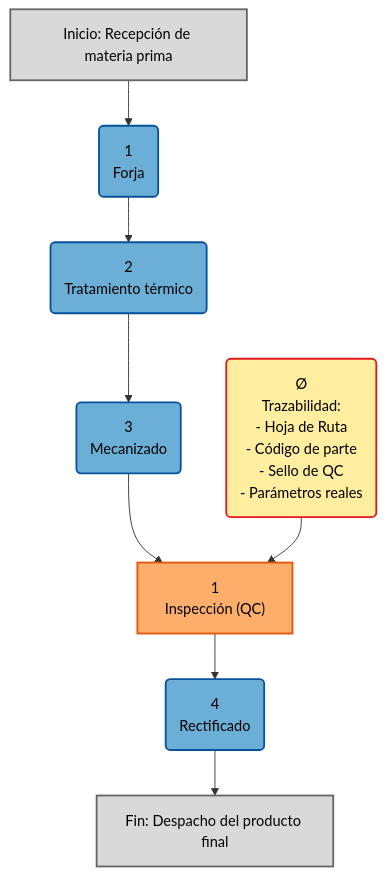
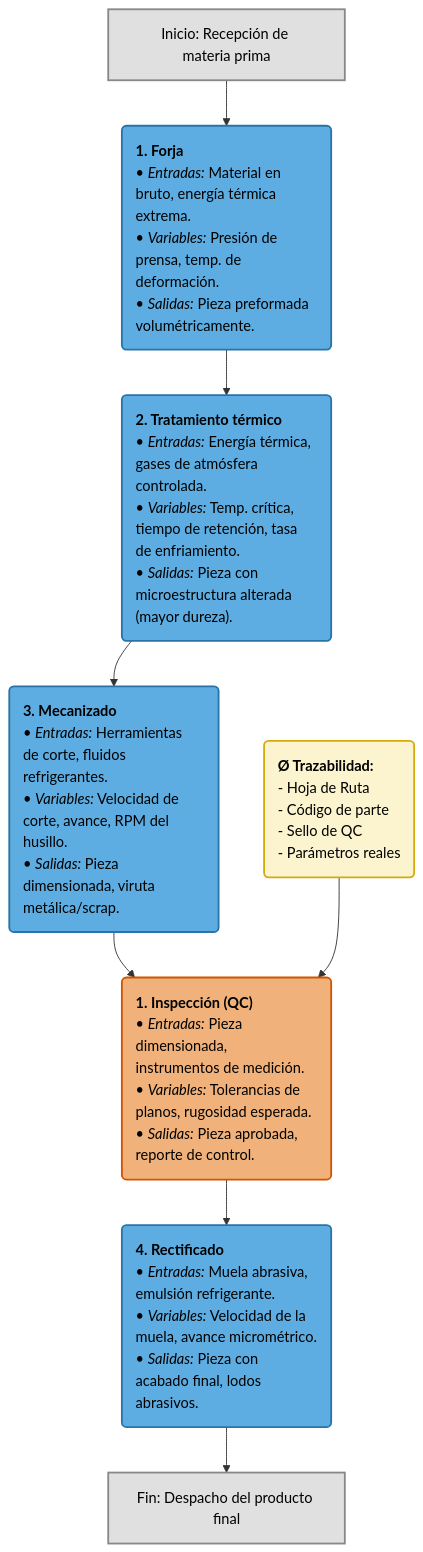
One commit to formula-coder/BASICS changed the diagram in Fundamentos de los materiales/Diagrama de procesos.mmd. Above: the diagram before and after it, drawn with Mermaid.

```diff
--- a/Fundamentos de los materiales/Diagrama de procesos.mmd
+++ b/Fundamentos de los materiales/Diagrama de procesos.mmd
@@ -1,31 +1,34 @@
-graph TB
-    %% Definición de estilos
-    classDef operacion fill:#6baed6,stroke:#08519c,stroke-width:2px,color:#000
-    classDef inspeccion fill:#fdae6b,stroke:#e6550d,stroke-width:2px,color:#000
-    classDef tramite fill:#ffeda0,stroke:#e31a1c,stroke-width:2px,color:#000
-    classDef terminal fill:#d9d9d9,stroke:#666,stroke-width:2px,color:#000
+flowchart TD
+    %% Definición de estilos para mantener los colores del diagrama original
+    classDef iniciofin fill:#e0e0e0,stroke:#888,stroke-width:2px,color:#000;
+    classDef operacion fill:#5dade2,stroke:#2874a6,stroke-width:2px,color:#000,text-align:left;
+    classDef traza fill:#fcf3cf,stroke:#d4ac0d,stroke-width:2px,color:#000,text-align:left;
+    classDef inspeccion fill:#f0b27a,stroke:#d35400,stroke-width:2px,color:#000,text-align:left;
 
-    %% Nodos
-    Inicio["Inicio: Recepción de materia prima"]
-    Op1("1<br>Forja")
-    Op2("2<br>Tratamiento térmico")
-    Op3("3<br>Mecanizado")
-    Insp1["1<br>Inspección (QC)"]
-    Op4("4<br>Rectificado")
-    Doc("Ø<br>Trazabilidad:<br>- Hoja de Ruta<br>- Código de parte<br>- Sello de QC<br>- Parámetros reales")
-    Fin["Fin: Despacho del producto final"]
+    Start["Inicio: Recepción de materia prima"]:::iniciofin
 
-    %% Aplicar estilos
-    class Inicio,Fin terminal
-    class Op1,Op2,Op3,Op4 operacion
-    class Insp1 inspeccion
-    class Doc tramite
+    Op1("<b>1. Forja</b><br>• <i>Entradas:</i> Material en bruto, energía térmica extrema.<br>• <i>Variables:</i> Presión de prensa, temp. de deformación.<br>• <i>Salidas:</i> Pieza preformada volumétricamente."):::operacion
+
+    Op2("<b>2. Tratamiento térmico</b><br>• <i>Entradas:</i> Energía térmica, gases de atmósfera controlada.<br>• <i>Variables:</i> Temp. crítica, tiempo de retención, tasa de enfriamiento.<br>• <i>Salidas:</i> Pieza con microestructura alterada (mayor dureza)."):::operacion
+
+    Op3("<b>3. Mecanizado</b><br>• <i>Entradas:</i> Herramientas de corte, fluidos refrigerantes.<br>• <i>Variables:</i> Velocidad de corte, avance, RPM del husillo.<br>• <i>Salidas:</i> Pieza dimensionada, viruta metálica/scrap."):::operacion
+
+    Trz("<b>Ø Trazabilidad:</b><br>- Hoja de Ruta<br>- Código de parte<br>- Sello de QC<br>- Parámetros reales"):::traza
+
+    Insp("<b>1. Inspección (QC)</b><br>• <i>Entradas:</i> Pieza dimensionada, instrumentos de medición.<br>• <i>Variables:</i> Tolerancias de planos, rugosidad esperada.<br>• <i>Salidas:</i> Pieza aprobada, reporte de control."):::inspeccion
+
+    Op4("<b>4. Rectificado</b><br>• <i>Entradas:</i> Muela abrasiva, emulsión refrigerante.<br>• <i>Variables:</i> Velocidad de la muela, avance micrométrico.<br>• <i>Salidas:</i> Pieza con acabado final, lodos abrasivos."):::operacion
+
+    End["Fin: Despacho del producto final"]:::iniciofin
 
     %% Conexiones
-    Inicio --> Op1
+    Start --> Op1
     Op1 --> Op2
     Op2 --> Op3
-    Op3 --> Insp1
-    Insp1 --> Op4
-    Op4 --> Fin
-    Doc --> Insp1
+    Op3 --> Insp
+    Trz --> Insp
+    Insp --> Op4
+    Op4 --> End
+    
+    %% Enlace invisible para mejorar la alineación visual (Trazabilidad a la derecha)
+    Op2 ~~~ Trz
```
